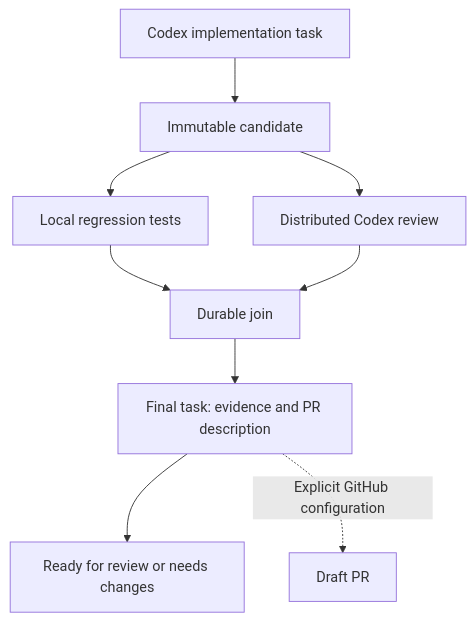
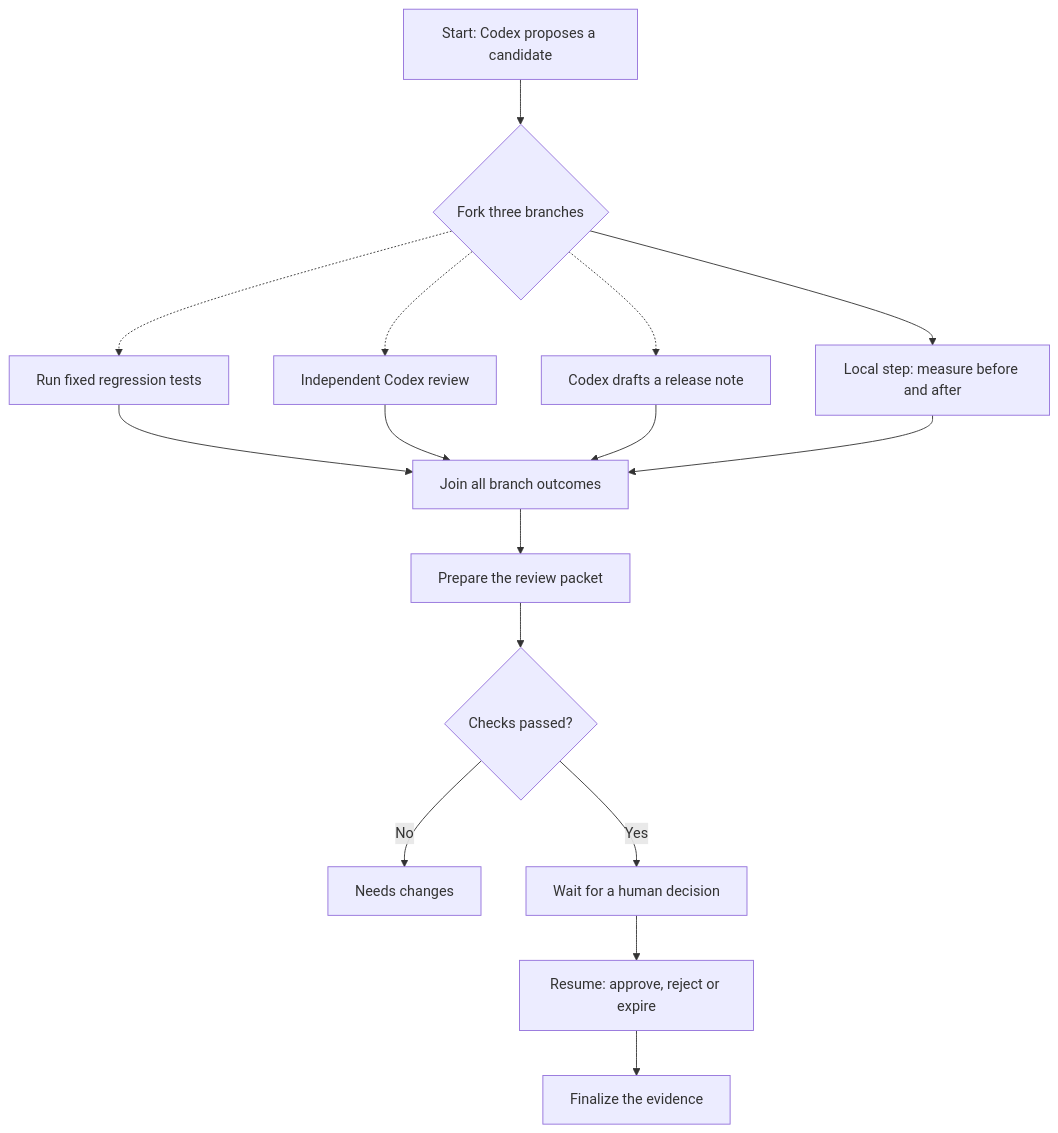
Before and after one commit to Ledgence/ledgence: the diagram in examples/codex-change-review/README.md, drawn with Mermaid. The commit also changed other lines of this file and 18 other files, not shown here.

Commit message:
feat(examples): add parallel Codex review demo with human approval

````diff
--- a/examples/codex-change-review/README.md
+++ b/examples/codex-change-review/README.md
@@ -12,11 +19,18 @@
 ```mermaid
 flowchart TD
-    A[Codex implementation task] --> B[Immutable candidate]
-    B --> C[Local regression tests]
-    B --> D[Distributed Codex review]
-    C --> E[Durable join]
-    D --> E
-    E --> F[Final task: evidence and PR description]
-    F --> G[Ready for review or needs changes]
-    F -. Explicit GitHub configuration .-> H[Draft PR]
+    S[Start: Codex proposes a candidate] --> F{Fork three branches}
+    F -.-> T[Run fixed regression tests]
+    F -.-> R[Independent Codex review]
+    F -.-> N[Codex drafts a release note]
+    F --> C[Local step: measure before and after]
+    T --> J[Join all branch outcomes]
+    R --> J
+    N --> J
+    C --> J
+    J --> P[Prepare the review packet]
+    P --> W{Checks passed?}
+    W -- No --> X[Needs changes]
+    W -- Yes --> A[Wait for a human decision]
+    A --> D[Resume: approve, reject or expire]
+    D --> E[Finalize the evidence]
 ```
````
